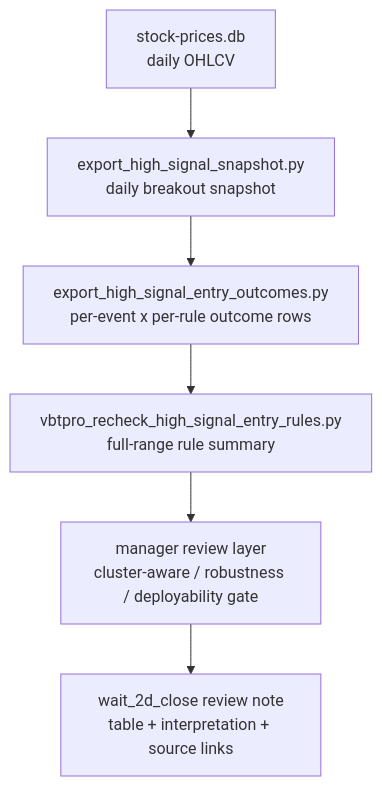
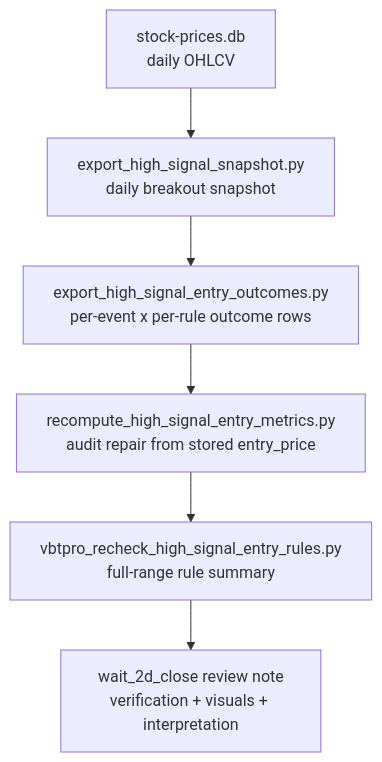
One commit to loopinf/quartz changed the diagram in content/market-intel/research/wait-2d-close-review.md. Above: the diagram before and after it, drawn with Mermaid. The commit also changed other lines of this file and 3 other files, not shown here.

Commit message:
docs: publish verification-rich wait-2d-close review

````diff
--- a/content/market-intel/research/wait-2d-close-review.md
+++ b/content/market-intel/research/wait-2d-close-review.md
@@ -73,8 +90,8 @@
 ```mermaid
 flowchart TD
     A[stock-prices.db<br/>daily OHLCV] --> B[export_high_signal_snapshot.py<br/>daily breakout snapshot]
     B --> C[export_high_signal_entry_outcomes.py<br/>per-event x per-rule outcome rows]
-    C --> D[vbtpro_recheck_high_signal_entry_rules.py<br/>full-range rule summary]
-    D --> E[manager review layer<br/>cluster-aware / robustness / deployability gate]
-    E --> F[wait_2d_close review note<br/>table + interpretation + source links]
+    C --> D[recompute_high_signal_entry_metrics.py<br/>audit repair from stored entry_price]
+    D --> E[vbtpro_recheck_high_signal_entry_rules.py<br/>full-range rule summary]
+    E --> F[wait_2d_close review note<br/>verification + visuals + interpretation]
 ```
````
